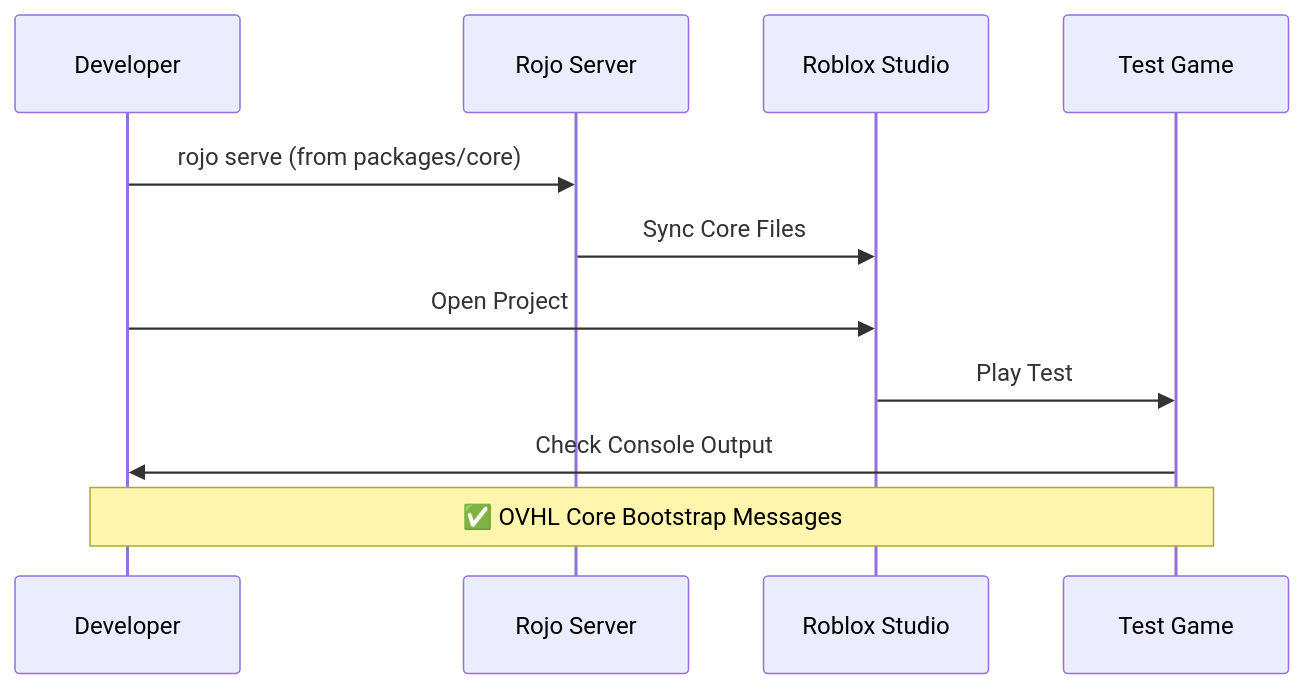
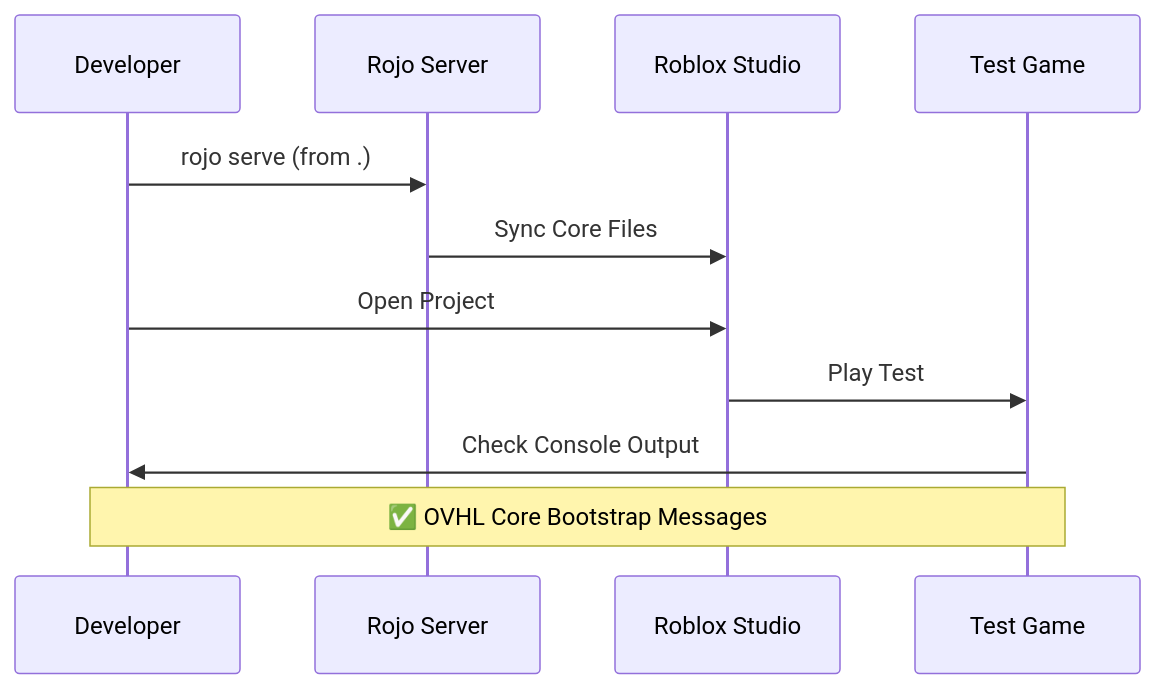
Before and after one commit to ovhlstudio/ovhl-roblox: the second of 5 diagrams in docs/id/SETUP_GUIDE.md, drawn with Mermaid. The commit also changed other lines of this file and 24 other files, not shown here.

````diff
--- a/docs/id/SETUP_GUIDE.md
+++ b/docs/id/SETUP_GUIDE.md
@@ -103,14 +103,14 @@
 ```mermaid
 sequenceDiagram
     participant Dev as Developer
     participant Rojo as Rojo Server
     participant Studio as Roblox Studio
     participant Game as Test Game
 
-    Dev->>Rojo: rojo serve (from packages/core)
+    Dev->>Rojo: rojo serve (from .)
     Rojo->>Studio: Sync Core Files
     Dev->>Studio: Open Project
     Studio->>Game: Play Test
     Game->>Dev: Check Console Output
     Note over Dev,Game: ✅ OVHL Core Bootstrap Messages
 ```
````
